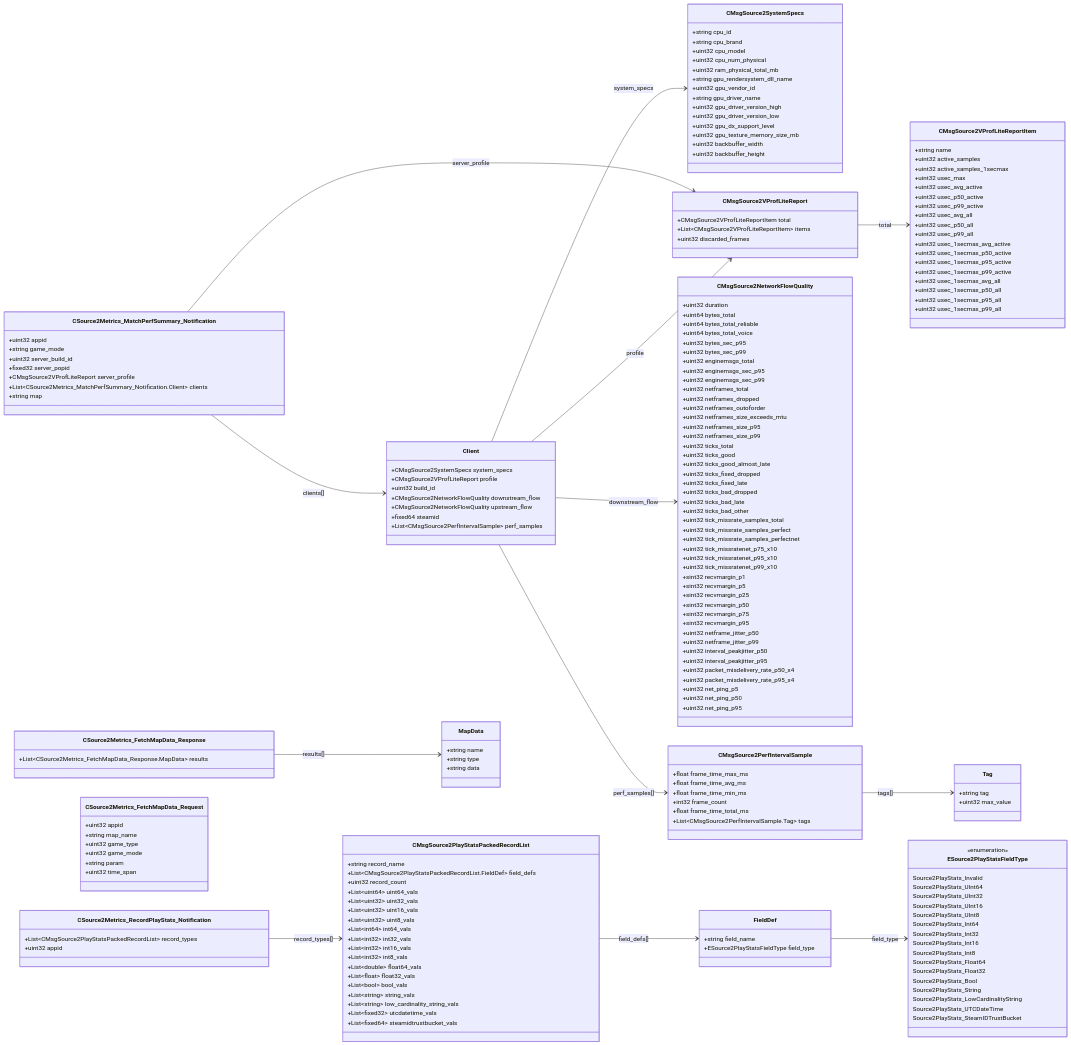
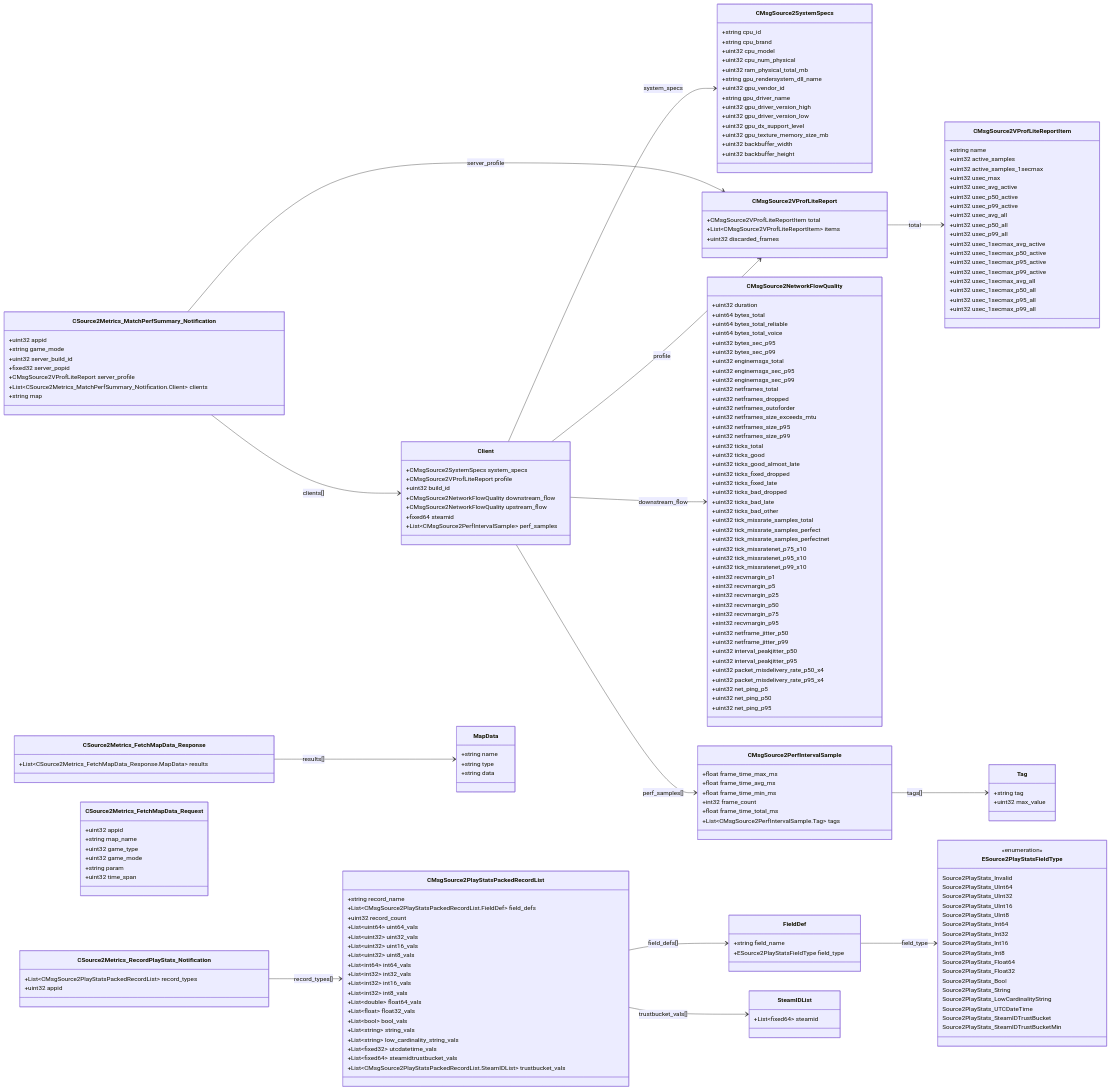
The diagram in docs/proto/source2_steam_stats.md (sid2934/CS2-OpenDevDocs), drawn with Mermaid before and after one commit. The commit also changed other lines of this file and 13 other files, not shown here.

````diff
--- a/docs/proto/source2_steam_stats.md
+++ b/docs/proto/source2_steam_stats.md
@@ -157,11 +157,16 @@
     +List~string~ low_cardinality_string_vals
     +List~fixed32~ utcdatetime_vals
     +List~fixed64~ steamidtrustbucket_vals
+    +List~CMsgSource2PlayStatsPackedRecordList.SteamIDList~ trustbucket_vals
   }
 
   class FieldDef {
     +string field_name
     +ESource2PlayStatsFieldType field_type
+  }
+
+  class SteamIDList {
+    +List~fixed64~ steamid
   }
 
   class CSource2Metrics_RecordPlayStats_Notification {
@@ -197,6 +202,7 @@
   Client --> CMsgSource2NetworkFlowQuality : downstream_flow
   Client --> CMsgSource2PerfIntervalSample : perf_samples[]
   CMsgSource2PlayStatsPackedRecordList --> FieldDef : field_defs[]
+  CMsgSource2PlayStatsPackedRecordList --> SteamIDList : trustbucket_vals[]
   FieldDef --> ESource2PlayStatsFieldType : field_type
   CSource2Metrics_RecordPlayStats_Notification --> CMsgSource2PlayStatsPackedRecordList : record_types[]
   CSource2Metrics_FetchMapData_Response --> MapData : results[]
@@ -219,6 +225,7 @@
     Source2PlayStats_LowCardinalityString
     Source2PlayStats_UTCDateTime
     Source2PlayStats_SteamIDTrustBucket
+    Source2PlayStats_SteamIDTrustBucketMin
   }
 
 ```
````
